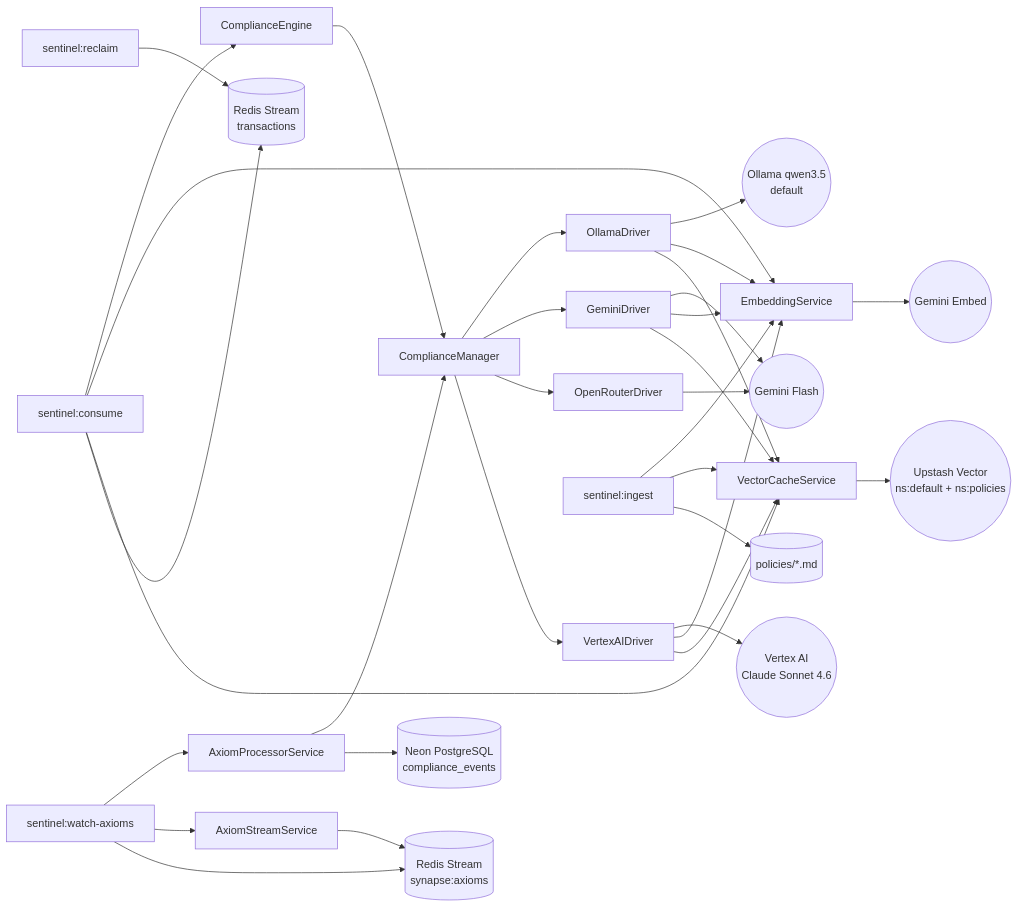
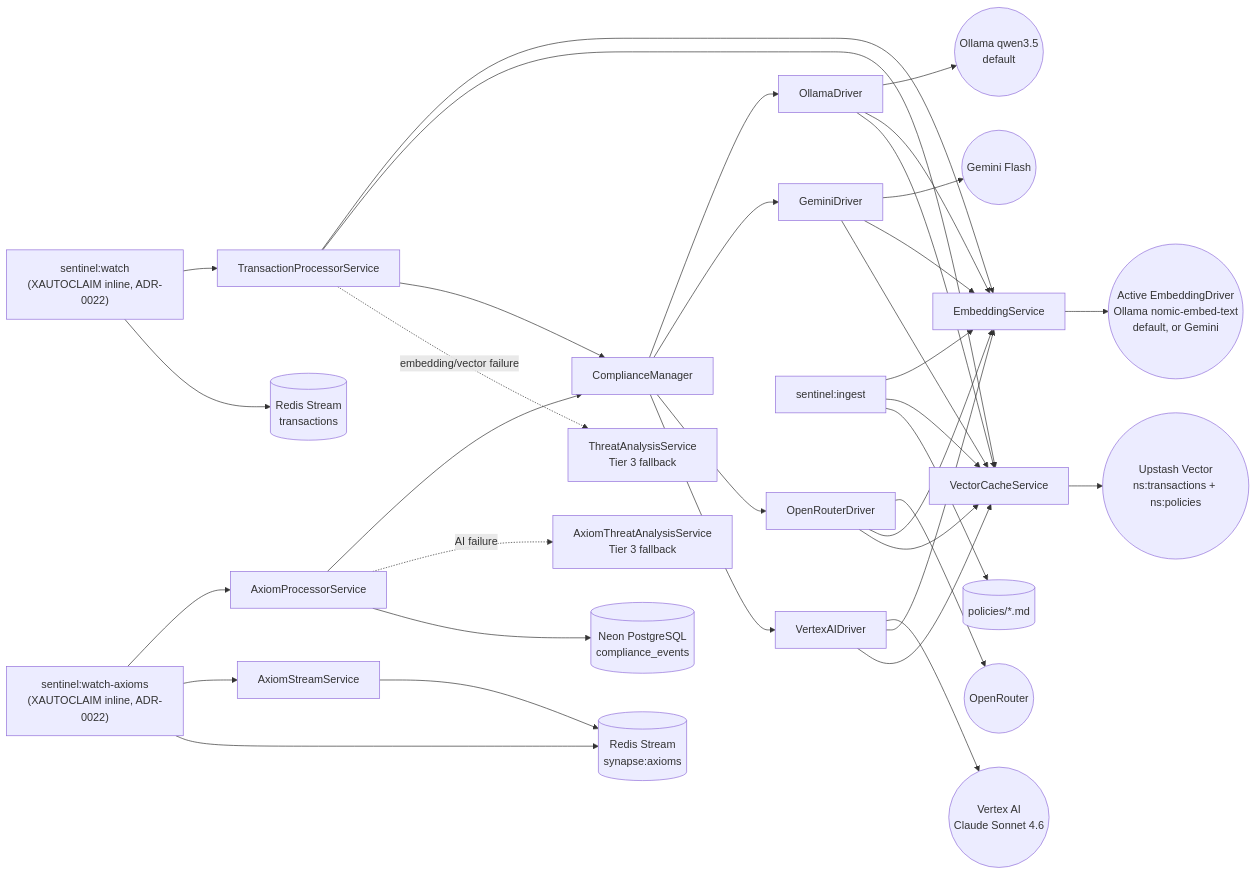
Before and after one commit to obrienma/sentinel-l7: the second of 3 diagrams in docs/diagrams/SYSTEM_ARCHITECTURE.md, drawn with Mermaid. The commit also changed other lines of this file and 2 other files, not shown here.

````diff
--- a/docs/diagrams/SYSTEM_ARCHITECTURE.md
+++ b/docs/diagrams/SYSTEM_ARCHITECTURE.md
@@ -98,39 +107,42 @@
 ```mermaid
 graph LR
-    W[sentinel:consume] --> CE[ComplianceEngine]
-    W --> ES[EmbeddingService]
-    W --> VCS[VectorCacheService]
+    W["sentinel:watch\n(XAUTOCLAIM inline, ADR-0022)"] --> TPS[TransactionProcessorService]
     W --> Redis[(Redis Stream\ntransactions)]
 
-    CE --> CM[ComplianceManager]
+    TPS --> ES[EmbeddingService]
+    TPS --> VCS[VectorCacheService]
+    TPS --> CM[ComplianceManager]
+    TPS -.->|embedding/vector failure| TAS[ThreatAnalysisService\nTier 3 fallback]
+
     CM --> OLD[OllamaDriver]
     CM --> GD[GeminiDriver]
     CM --> OD[OpenRouterDriver]
     CM --> VAD[VertexAIDriver]
 
     OLD --> OllamaAI((Ollama qwen3.5\ndefault))
     OLD --> ES
     OLD --> VCS
     GD --> GemAI((Gemini Flash))
     GD --> ES
     GD --> VCS
-    OD --> GemAI
+    OD --> OpenRouterAI((OpenRouter))
+    OD --> ES
+    OD --> VCS
     VAD --> VertexAI((Vertex AI\nClaude Sonnet 4.6))
     VAD --> ES
     VAD --> VCS
-    ES --> GemEmbed((Gemini Embed))
-    VCS --> UV((Upstash Vector\nns:default + ns:policies))
+    ES --> EmbedAI((Active EmbeddingDriver\nOllama nomic-embed-text\ndefault, or Gemini))
+    VCS --> UV((Upstash Vector\nns:transactions + ns:policies))
 
-    R[sentinel:reclaim] --> Redis
-
-    WA[sentinel:watch-axioms] --> APS[AxiomProcessorService]
+    WA["sentinel:watch-axioms\n(XAUTOCLAIM inline, ADR-0022)"] --> APS[AxiomProcessorService]
     WA --> ASS[AxiomStreamService]
     WA --> AxRedis[(Redis Stream\nsynapse:axioms)]
     APS --> CM
+    APS -.->|AI failure| ATAS[AxiomThreatAnalysisService\nTier 3 fallback]
     APS --> PG[(Neon PostgreSQL\ncompliance_events)]
     ASS --> AxRedis
 
     IN[sentinel:ingest] --> ES
     IN --> VCS
     IN --> PolicyFiles[("policies/*.md")]
 ```
````
